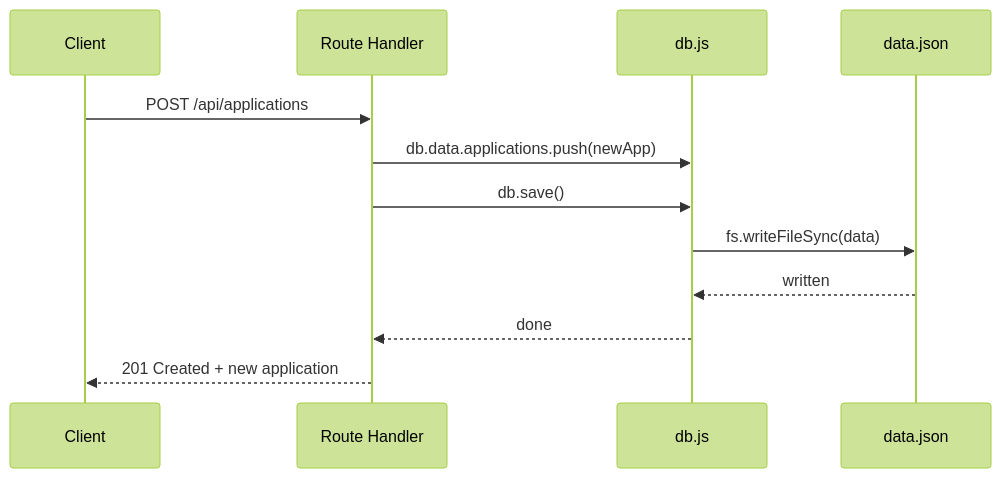
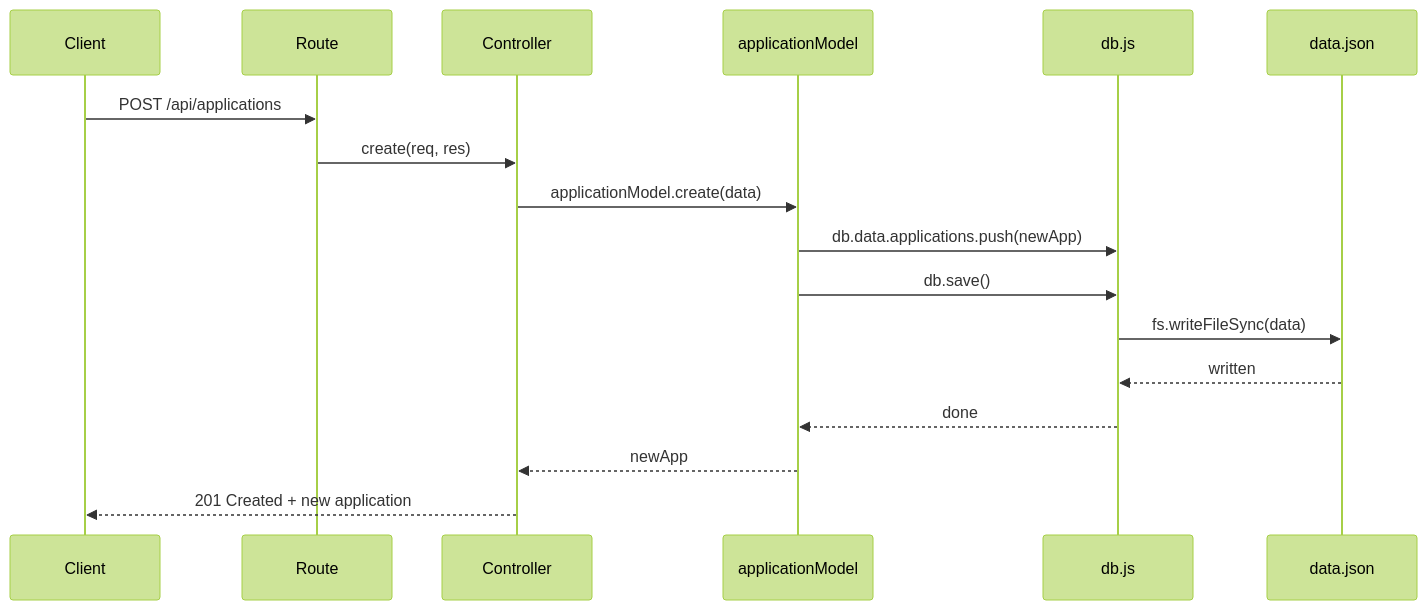
The first of 3 diagrams in README.md (TANUSHREENEGI-DEV/resume-api), drawn with Mermaid (forest theme) before and after one commit. The commit also changed other lines of this file, not shown here.

Commit message:
update readme with controllers/models architecture

````diff
--- a/README.md
+++ b/README.md
@@ -53,15 +79,20 @@
 ```mermaid
 sequenceDiagram
     participant Client
-    participant Route as Route Handler
+    participant Route as Route
+    participant Controller
+    participant Model as applicationModel
     participant DB as db.js
     participant File as data.json
 
     Client->>Route: POST /api/applications
-    Route->>DB: db.data.applications.push(newApp)
-    Route->>DB: db.save()
+    Route->>Controller: create(req, res)
+    Controller->>Model: applicationModel.create(data)
+    Model->>DB: db.data.applications.push(newApp)
+    Model->>DB: db.save()
     DB->>File: fs.writeFileSync(data)
     File-->>DB: written
-    DB-->>Route: done
-    Route-->>Client: 201 Created + new application
+    DB-->>Model: done
+    Model-->>Controller: newApp
+    Controller-->>Client: 201 Created + new application
 ```
````
